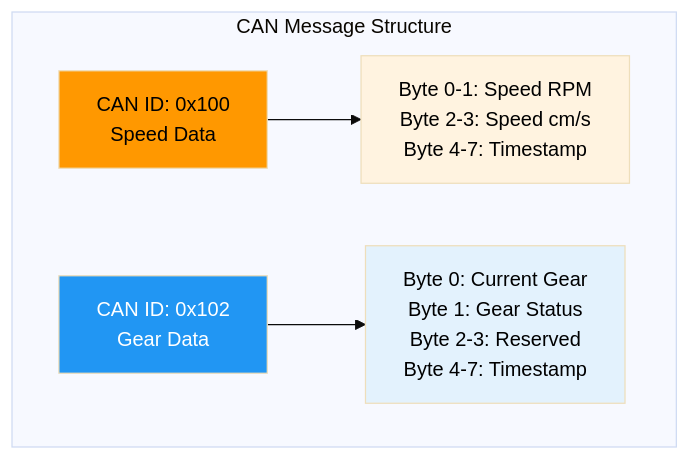
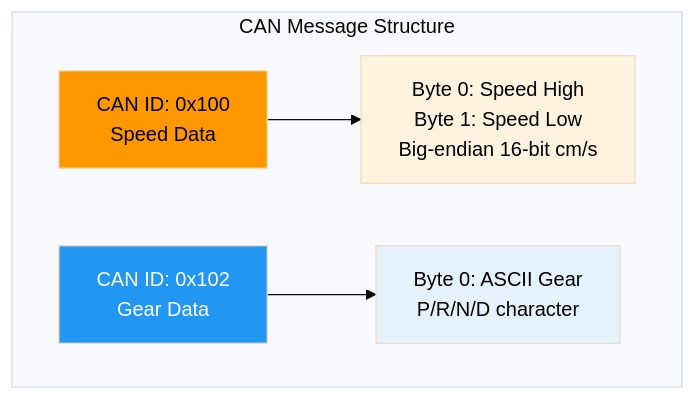
One commit to saicharansathyam/Instrument-Cluster changed the seventh of 8 diagrams in README.md. Above: the diagram before and after it, drawn with Mermaid (base theme). The commit also changed other lines of this file, not shown here.

````diff
--- a/README.md
+++ b/README.md
@@ -140,13 +173,13 @@
 ```mermaid
 graph TD
     subgraph "CAN Message Structure"
-        A[CAN ID: 0x100<br/>Speed Data] --> B[Byte 0-1: Speed RPM<br/>Byte 2-3: Speed cm/s<br/>Byte 4-7: Timestamp]
+        A[CAN ID: 0x100<br/>Speed Data] --> B[Byte 0: Speed High<br/>Byte 1: Speed Low<br/>Big-endian 16-bit cm/s]
         
-        C[CAN ID: 0x102<br/>Gear Data] --> D[Byte 0: Current Gear<br/>Byte 1: Gear Status<br/>Byte 2-3: Reserved<br/>Byte 4-7: Timestamp]
+        C[CAN ID: 0x102<br/>Gear Data] --> D[Byte 0: ASCII Gear<br/>P/R/N/D character]
     end
     
     style A fill:#ff9800,color:#000
     style C fill:#2196f3,color:#fff
     style B fill:#fff3e0,color:#000
     style D fill:#e3f2fd,color:#000
 ```
````
